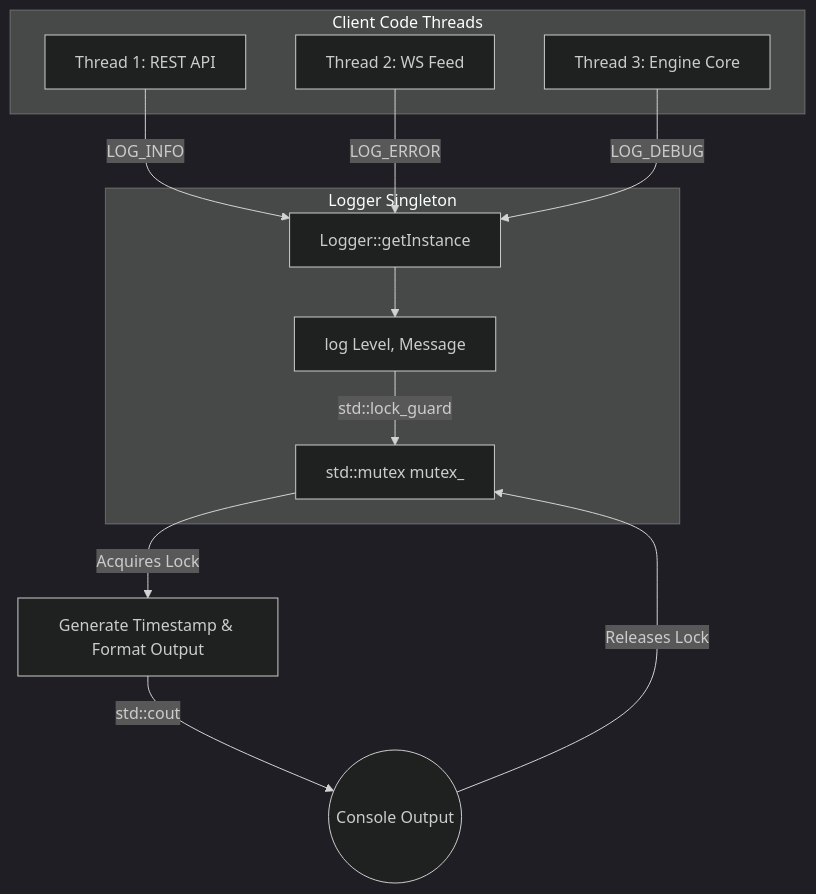
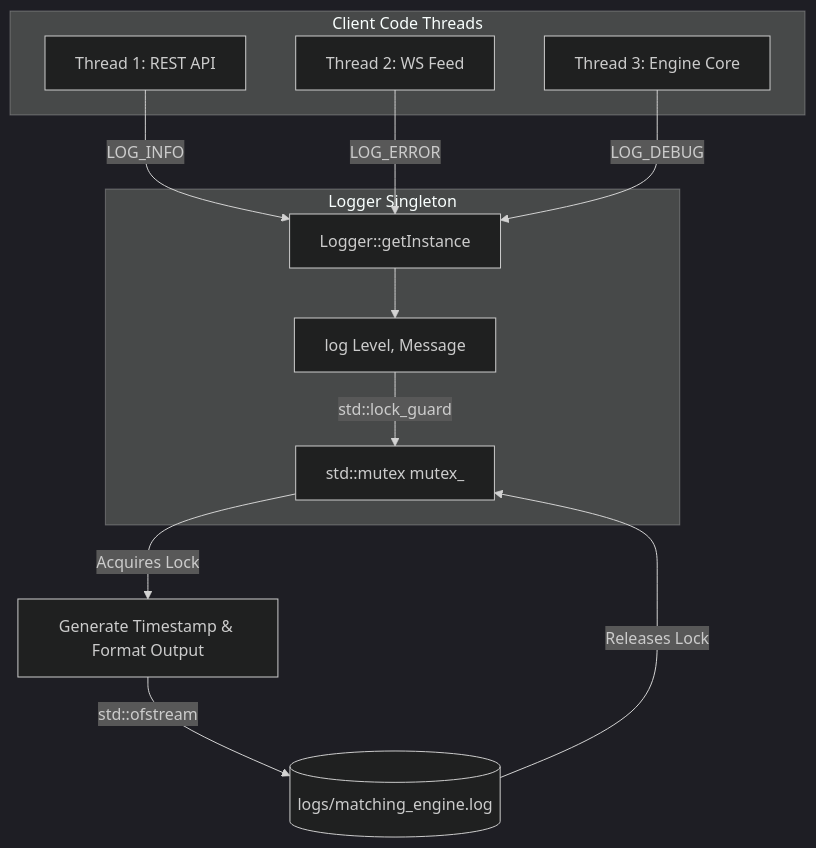
One commit to Rishav123raj/BlockSprint changed the diagram in explanations/logger.md. Above: the diagram before and after it, drawn with Mermaid (dark theme). The commit also changed other lines of this file and 6 other files, not shown here.

Commit message:
modified the logger architecture to write the logs under the logs/ directory with file name

````diff
--- a/explanations/logger.md
+++ b/explanations/logger.md
@@ -22,24 +23,24 @@
 ```mermaid
 graph TD
     subgraph Client Code Threads
         T1[Thread 1: REST API]
         T2[Thread 2: WS Feed]
         T3[Thread 3: Engine Core]
     end
 
     subgraph Logger Singleton
         M[Logger::getInstance]
         MUTEX[std::mutex mutex_]
         LOG[log Level, Message]
     end
 
     T1 -->|LOG_INFO| M
     T2 -->|LOG_ERROR| M
     T3 -->|LOG_DEBUG| M
 
     M --> LOG
     LOG -->|std::lock_guard| MUTEX
     MUTEX -->|Acquires Lock| EXEC[Generate Timestamp & Format Output]
-    EXEC -->|std::cout| STDOUT((Console Output))
-    STDOUT -->|Releases Lock| MUTEX
+    EXEC -->|std::ofstream| FILE[(logs/matching_engine.log)]
+    FILE -->|Releases Lock| MUTEX
 ```
````
